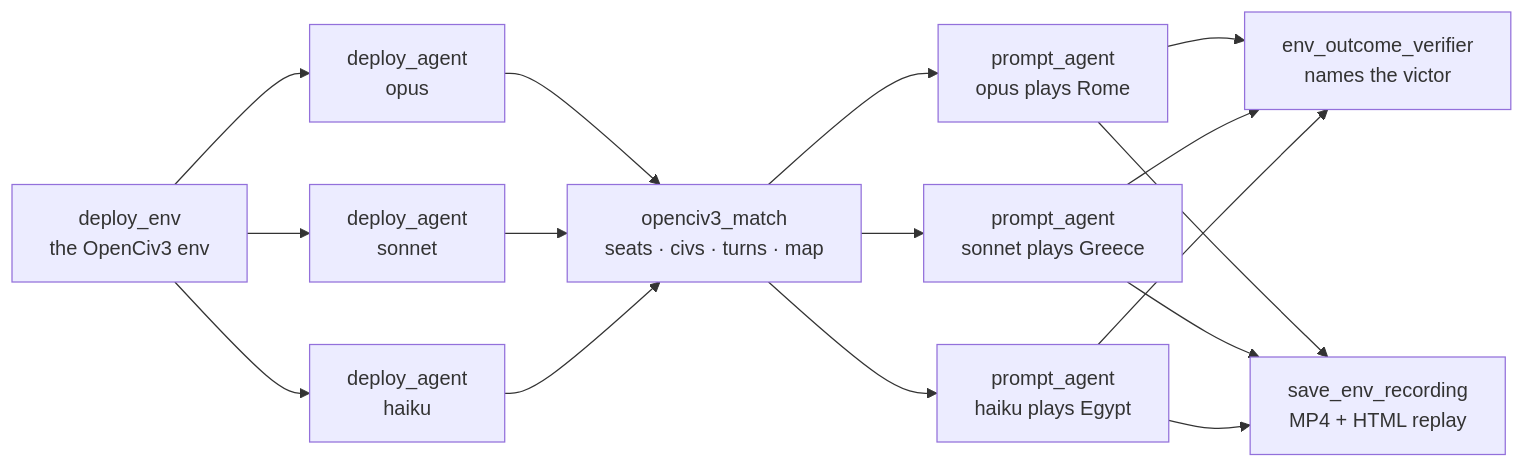
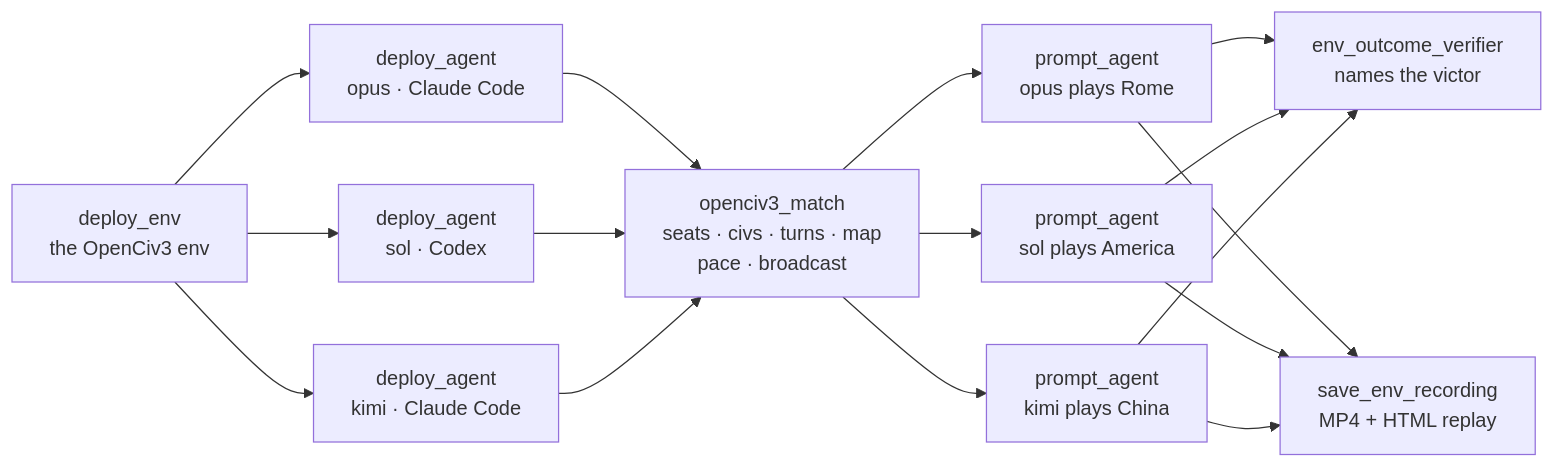
Before and after one commit to earakely-scale/agentenv-openciv-plugin: the first of 3 diagrams in README.md, drawn with Mermaid. The commit also changed other lines of this file and 3 other files, not shown here.

````diff
--- a/README.md
+++ b/README.md
@@ -251,17 +260,17 @@
 ```mermaid
 flowchart LR
     deploy["deploy_env<br/>the OpenCiv3 env"]
-    a1["deploy_agent<br/>opus"]
-    a2["deploy_agent<br/>sonnet"]
-    a3["deploy_agent<br/>haiku"]
-    match["openciv3_match<br/>seats · civs · turns · map"]
+    a1["deploy_agent<br/>opus · Claude Code"]
+    a2["deploy_agent<br/>sol · Codex"]
+    a3["deploy_agent<br/>kimi · Claude Code"]
+    match["openciv3_match<br/>seats · civs · turns · map<br/>pace · broadcast"]
     p1["prompt_agent<br/>opus plays Rome"]
-    p2["prompt_agent<br/>sonnet plays Greece"]
-    p3["prompt_agent<br/>haiku plays Egypt"]
+    p2["prompt_agent<br/>sol plays America"]
+    p3["prompt_agent<br/>kimi plays China"]
     grade["env_outcome_verifier<br/>names the victor"]
     rec["save_env_recording<br/>MP4 + HTML replay"]
     deploy --> a1 & a2 & a3
     a1 & a2 & a3 --> match
     match --> p1 & p2 & p3
     p1 & p2 & p3 --> grade & rec
 ```
````
